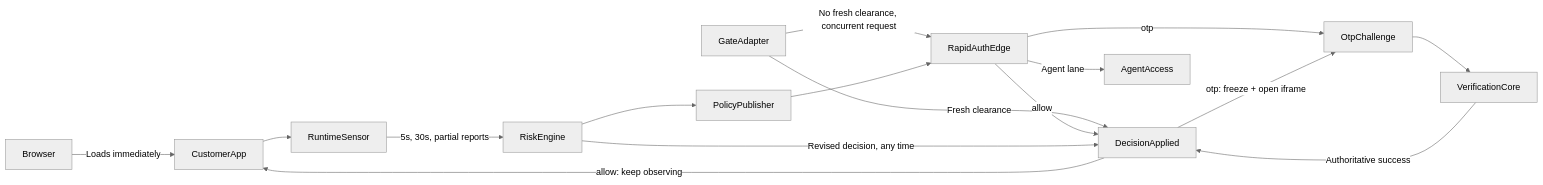
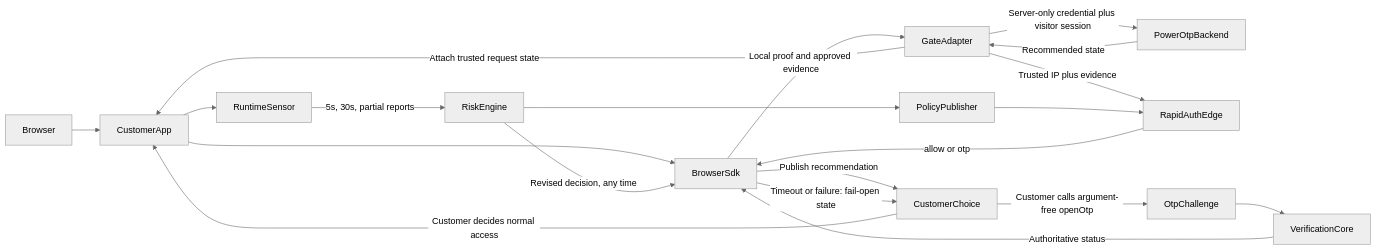
One commit to Ericsipad/POWEROTP changed the diagram in docs/POWEROTP_BOTBLOCKER_PLAN.md. Above: the diagram before and after it, drawn with Mermaid (neutral theme). The commit also changed other lines of this file and 5 other files, not shown here.

````diff
--- a/docs/POWEROTP_BOTBLOCKER_PLAN.md
+++ b/docs/POWEROTP_BOTBLOCKER_PLAN.md
@@ -102,18 +138,22 @@
 ```mermaid
 flowchart LR
-    Browser -->|"Loads immediately"| CustomerApp
-    GateAdapter -->|"Fresh clearance"| DecisionApplied
-    GateAdapter -->|"No fresh clearance, concurrent request"| RapidAuthEdge
-    RapidAuthEdge -->|"allow"| DecisionApplied
-    RapidAuthEdge -->|"otp"| OtpChallenge
-    RapidAuthEdge -->|"Agent lane"| AgentAccess
-    DecisionApplied -->|"allow: keep observing"| CustomerApp
-    DecisionApplied -->|"otp: freeze + open iframe"| OtpChallenge
+    Browser --> CustomerApp
+    GateAdapter -->|"Server-only credential plus visitor session"| PowerOtpBackend
+    PowerOtpBackend -->|"Recommended state"| GateAdapter
+    GateAdapter -->|"Attach trusted request state"| CustomerApp
+    CustomerApp --> BrowserSdk
+    BrowserSdk -->|"Local proof and approved evidence"| GateAdapter
+    GateAdapter -->|"Trusted IP plus evidence"| RapidAuthEdge
+    RapidAuthEdge -->|"allow or otp"| BrowserSdk
+    BrowserSdk -->|"Publish recommendation"| CustomerChoice
+    BrowserSdk -->|"Timeout or failure: fail-open state"| CustomerChoice
+    CustomerChoice -->|"Customer decides normal access"| CustomerApp
+    CustomerChoice -->|"Customer calls argument-free openOtp"| OtpChallenge
     OtpChallenge --> VerificationCore
-    VerificationCore -->|"Authoritative success"| DecisionApplied
+    VerificationCore -->|"Authoritative status"| BrowserSdk
     CustomerApp --> RuntimeSensor
     RuntimeSensor -->|"5s, 30s, partial reports"| RiskEngine
-    RiskEngine -->|"Revised decision, any time"| DecisionApplied
+    RiskEngine -->|"Revised decision, any time"| BrowserSdk
     RiskEngine --> PolicyPublisher
     PolicyPublisher --> RapidAuthEdge
 ```
````
